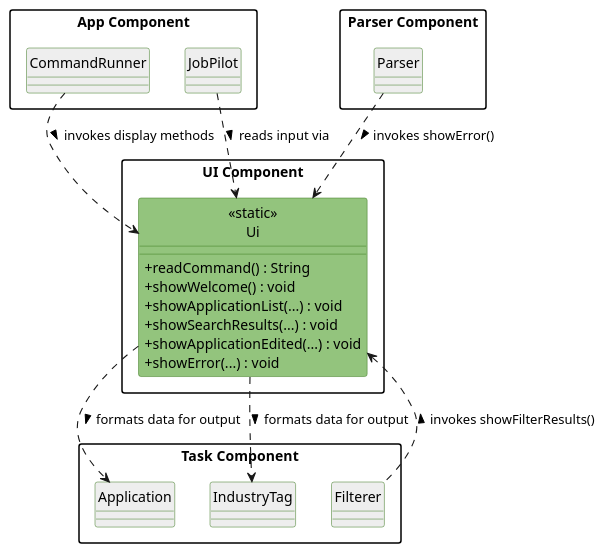
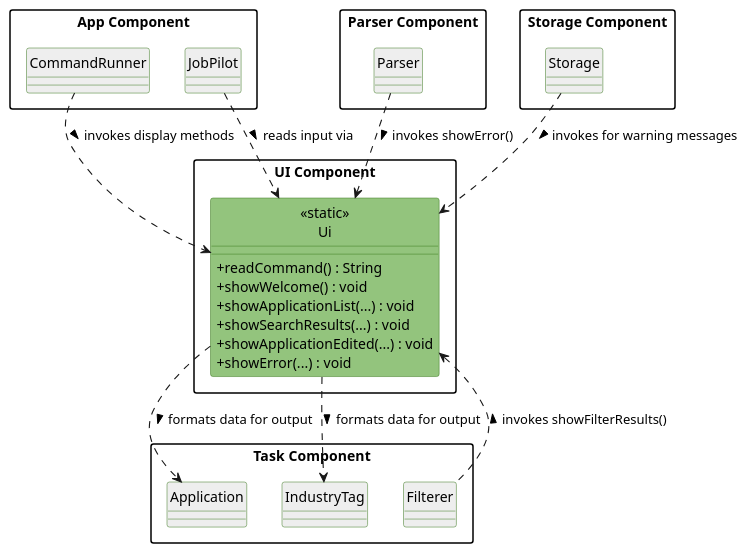
One commit to Aswin-RajeshKumar/tp changed the diagram in docs/diagrams/component-ui/ui-class.puml. Above: the diagram before and after it, drawn with PlantUML. The commit also changed 10 other files, not shown here.

```diff
--- a/docs/diagrams/component-ui/ui-class.puml
+++ b/docs/diagrams/component-ui/ui-class.puml
@@ -1,47 +1,52 @@
 @startuml
 skinparam packageStyle rectangle
 skinparam componentStyle rectangle
 skinparam ClassBackgroundColor #93C47D
 skinparam ClassBorderColor #38761D
 skinparam DefaultTextAlignment center
 hide circle
 skinparam arrowThickness 1.1
 skinparam classAttributeIconSize 0
 
 package "UI Component" {
     class "«static»\nUi" as Ui {
         + readCommand() : String
         + showWelcome() : void
         + showApplicationList(...) : void
         + showSearchResults(...) : void
         + showApplicationEdited(...) : void
         + showError(...) : void
     }
 }
 
 package "App Component" as AppLogic #FFFFFF {
     class "CommandRunner" as CommandRunner #EEEEEE
     class "JobPilot" as JobPilot #EEEEEE
 }
 
 package "Parser Component" as ParserLogic #FFFFFF {
     class "Parser" as Parser #EEEEEE
 }
 
 package "Task Component" as Model #FFFFFF {
     class "Application" as Application #EEEEEE
     class "IndustryTag" as IndustryTag #EEEEEE
     class "Filterer" as Filterer #EEEEEE
 }
 
-' Incoming dependencies to UI
+package "Storage Component" as StorageLogic #FFFFFF {
+    class "Storage" as Storage #EEEEEE
+}
+
+
 JobPilot .down.> Ui : reads input via >
 CommandRunner .right.> Ui : invokes display methods >
 Parser .down.> Ui : invokes showError() >
+Storage .down.> Ui : invokes for warning messages >
 Filterer .up.> Ui : invokes showFilterResults() >
 
 ' Outgoing dependencies from UI
 Ui .down.> Application : formats data for output >
 Ui .down.> IndustryTag : formats data for output >
 
 @enduml
```
